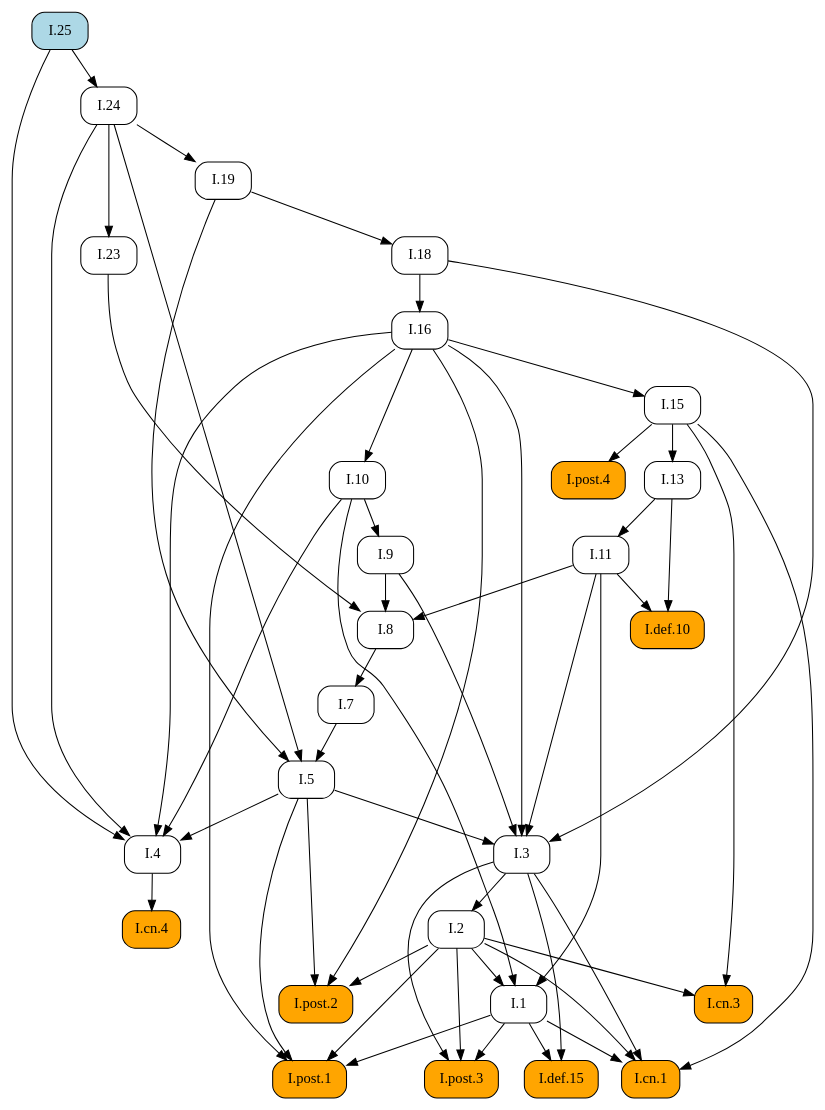
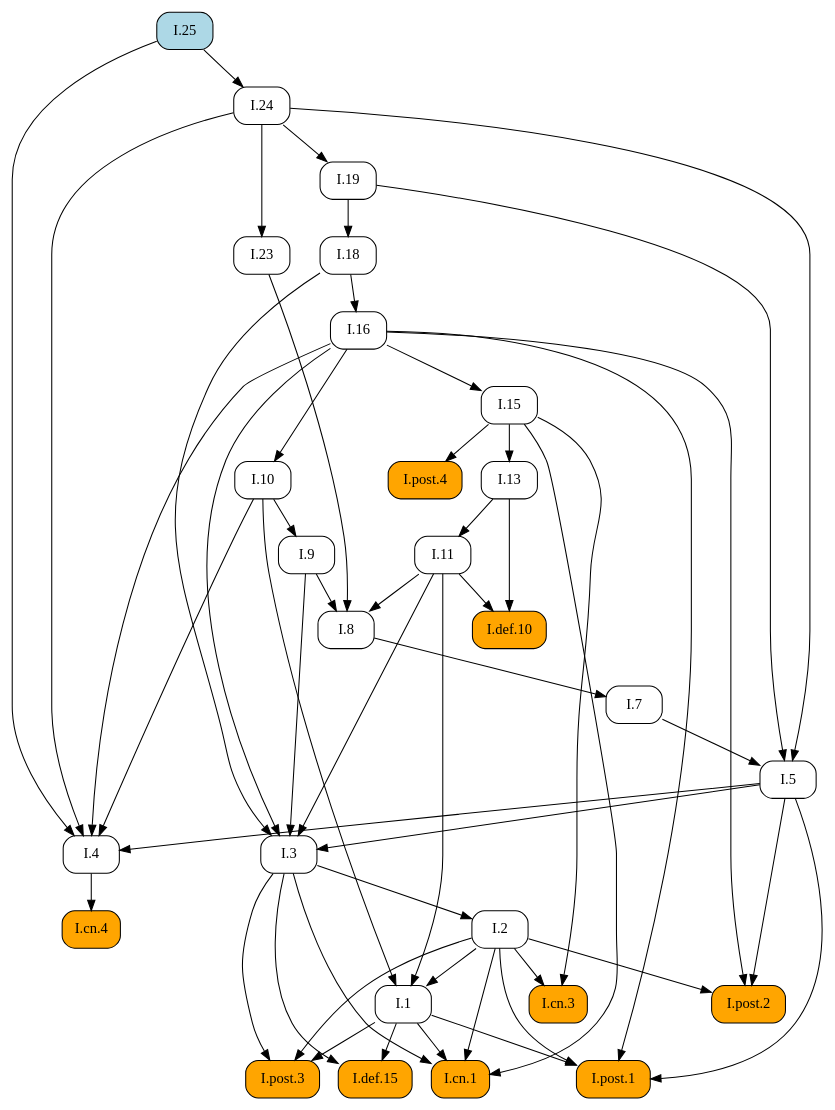
The diagram in docsrc/elements2/I/25/index.rst (geometor/elements), drawn with Graphviz before and after one commit. The commit also changed other lines of this file and 409 other files, not shown here.

First line of the commit message:
feat: Add image cropping and graphic extraction script

```diff
--- a/docsrc/elements2/I/25/index.rst
+++ b/docsrc/elements2/I/25/index.rst
@@ -51,84 +51,84 @@
    digraph {
      rankdir="TB";
      node [shape=box, style=rounded];
+     "I.def.15" [style="rounded,filled", fillcolor=orange, URL="/elements2/I/def.15/", target="_top"];
+     "I.19" [URL="/elements2/I/19/", target="_top"];
+     "I.18" [URL="/elements2/I/18/", target="_top"];
+     "I.11" [URL="/elements2/I/11/", target="_top"];
+     "I.def.10" [style="rounded,filled", fillcolor=orange, URL="/elements2/I/def.10/", target="_top"];
      "I.8" [URL="/elements2/I/8/", target="_top"];
-     "I.19" [URL="/elements2/I/19/", target="_top"];
+     "I.5" [URL="/elements2/I/5/", target="_top"];
+     "I.15" [URL="/elements2/I/15/", target="_top"];
+     "I.3" [URL="/elements2/I/3/", target="_top"];
+     "I.10" [URL="/elements2/I/10/", target="_top"];
+     "I.cn.3" [style="rounded,filled", fillcolor=orange, URL="/elements2/I/cn.3/", target="_top"];
+     "I.cn.1" [style="rounded,filled", fillcolor=orange, URL="/elements2/I/cn.1/", target="_top"];
+     "I.13" [URL="/elements2/I/13/", target="_top"];
+     "I.post.3" [style="rounded,filled", fillcolor=orange, URL="/elements2/I/post.3/", target="_top"];
+     "I.4" [URL="/elements2/I/4/", target="_top"];
+     "I.7" [URL="/elements2/I/7/", target="_top"];
+     "I.9" [URL="/elements2/I/9/", target="_top"];
+     "I.23" [URL="/elements2/I/23/", target="_top"];
+     "I.16" [URL="/elements2/I/16/", target="_top"];
+     "I.24" [URL="/elements2/I/24/", target="_top"];
+     "I.post.1" [style="rounded,filled", fillcolor=orange, URL="/elements2/I/post.1/", target="_top"];
+     "I.2" [URL="/elements2/I/2/", target="_top"];
+     "I.cn.4" [style="rounded,filled", fillcolor=orange, URL="/elements2/I/cn.4/", target="_top"];
+     "I.post.4" [style="rounded,filled", fillcolor=orange, URL="/elements2/I/post.4/", target="_top"];
      "I.1" [URL="/elements2/I/1/", target="_top"];
-     "I.cn.4" [style="rounded,filled", fillcolor=orange, URL="/elements2/I/cn.4/", target="_top"];
-     "I.cn.3" [style="rounded,filled", fillcolor=orange, URL="/elements2/I/cn.3/", target="_top"];
-     "I.7" [URL="/elements2/I/7/", target="_top"];
-     "I.post.1" [style="rounded,filled", fillcolor=orange, URL="/elements2/I/post.1/", target="_top"];
-     "I.9" [URL="/elements2/I/9/", target="_top"];
-     "I.5" [URL="/elements2/I/5/", target="_top"];
-     "I.cn.1" [style="rounded,filled", fillcolor=orange, URL="/elements2/I/cn.1/", target="_top"];
-     "I.16" [URL="/elements2/I/16/", target="_top"];
-     "I.def.10" [style="rounded,filled", fillcolor=orange, URL="/elements2/I/def.10/", target="_top"];
-     "I.18" [URL="/elements2/I/18/", target="_top"];
-     "I.13" [URL="/elements2/I/13/", target="_top"];
-     "I.post.4" [style="rounded,filled", fillcolor=orange, URL="/elements2/I/post.4/", target="_top"];
-     "I.2" [URL="/elements2/I/2/", target="_top"];
-     "I.def.15" [style="rounded,filled", fillcolor=orange, URL="/elements2/I/def.15/", target="_top"];
-     "I.4" [URL="/elements2/I/4/", target="_top"];
-     "I.24" [URL="/elements2/I/24/", target="_top"];
-     "I.11" [URL="/elements2/I/11/", target="_top"];
-     "I.10" [URL="/elements2/I/10/", target="_top"];
-     "I.15" [URL="/elements2/I/15/", target="_top"];
+     "I.post.2" [style="rounded,filled", fillcolor=orange, URL="/elements2/I/post.2/", target="_top"];
      "I.25" [style="rounded,filled", fillcolor=lightblue, URL="/elements2/I/25/", target="_top"];
-     "I.3" [URL="/elements2/I/3/", target="_top"];
-     "I.post.2" [style="rounded,filled", fillcolor=orange, URL="/elements2/I/post.2/", target="_top"];
-     "I.23" [URL="/elements2/I/23/", target="_top"];
-     "I.post.3" [style="rounded,filled", fillcolor=orange, URL="/elements2/I/post.3/", target="_top"];
+     "I.1" -> "I.def.15";
+     "I.3" -> "I.def.15";
+     "I.24" -> "I.19";
+     "I.19" -> "I.18";
+     "I.13" -> "I.11";
+     "I.11" -> "I.def.10";
+     "I.13" -> "I.def.10";
      "I.9" -> "I.8";
      "I.11" -> "I.8";
      "I.23" -> "I.8";
-     "I.24" -> "I.19";
-     "I.2" -> "I.1";
-     "I.10" -> "I.1";
-     "I.11" -> "I.1";
-     "I.4" -> "I.cn.4";
-     "I.2" -> "I.cn.3";
-     "I.15" -> "I.cn.3";
-     "I.8" -> "I.7";
-     "I.1" -> "I.post.1";
-     "I.2" -> "I.post.1";
-     "I.5" -> "I.post.1";
-     "I.16" -> "I.post.1";
-     "I.10" -> "I.9";
      "I.7" -> "I.5";
      "I.19" -> "I.5";
      "I.24" -> "I.5";
-     "I.1" -> "I.cn.1";
-     "I.2" -> "I.cn.1";
-     "I.3" -> "I.cn.1";
-     "I.15" -> "I.cn.1";
-     "I.18" -> "I.16";
-     "I.11" -> "I.def.10";
-     "I.13" -> "I.def.10";
-     "I.19" -> "I.18";
-     "I.15" -> "I.13";
-     "I.15" -> "I.post.4";
-     "I.3" -> "I.2";
-     "I.1" -> "I.def.15";
-     "I.3" -> "I.def.15";
-     "I.5" -> "I.4";
-     "I.10" -> "I.4";
-     "I.16" -> "I.4";
-     "I.24" -> "I.4";
-     "I.25" -> "I.4";
-     "I.25" -> "I.24";
-     "I.13" -> "I.11";
-     "I.16" -> "I.10";
      "I.16" -> "I.15";
      "I.5" -> "I.3";
      "I.9" -> "I.3";
      "I.11" -> "I.3";
      "I.16" -> "I.3";
      "I.18" -> "I.3";
+     "I.16" -> "I.10";
+     "I.2" -> "I.cn.3";
+     "I.15" -> "I.cn.3";
+     "I.1" -> "I.cn.1";
+     "I.2" -> "I.cn.1";
+     "I.3" -> "I.cn.1";
+     "I.15" -> "I.cn.1";
+     "I.15" -> "I.13";
+     "I.1" -> "I.post.3";
+     "I.2" -> "I.post.3";
+     "I.3" -> "I.post.3";
+     "I.5" -> "I.4";
+     "I.10" -> "I.4";
+     "I.16" -> "I.4";
+     "I.24" -> "I.4";
+     "I.25" -> "I.4";
+     "I.8" -> "I.7";
+     "I.10" -> "I.9";
+     "I.24" -> "I.23";
+     "I.18" -> "I.16";
+     "I.25" -> "I.24";
+     "I.1" -> "I.post.1";
+     "I.2" -> "I.post.1";
+     "I.5" -> "I.post.1";
+     "I.16" -> "I.post.1";
+     "I.3" -> "I.2";
+     "I.4" -> "I.cn.4";
+     "I.15" -> "I.post.4";
+     "I.2" -> "I.1";
+     "I.10" -> "I.1";
+     "I.11" -> "I.1";
      "I.2" -> "I.post.2";
      "I.5" -> "I.post.2";
      "I.16" -> "I.post.2";
-     "I.24" -> "I.23";
-     "I.1" -> "I.post.3";
-     "I.2" -> "I.post.3";
-     "I.3" -> "I.post.3";
    }
```
